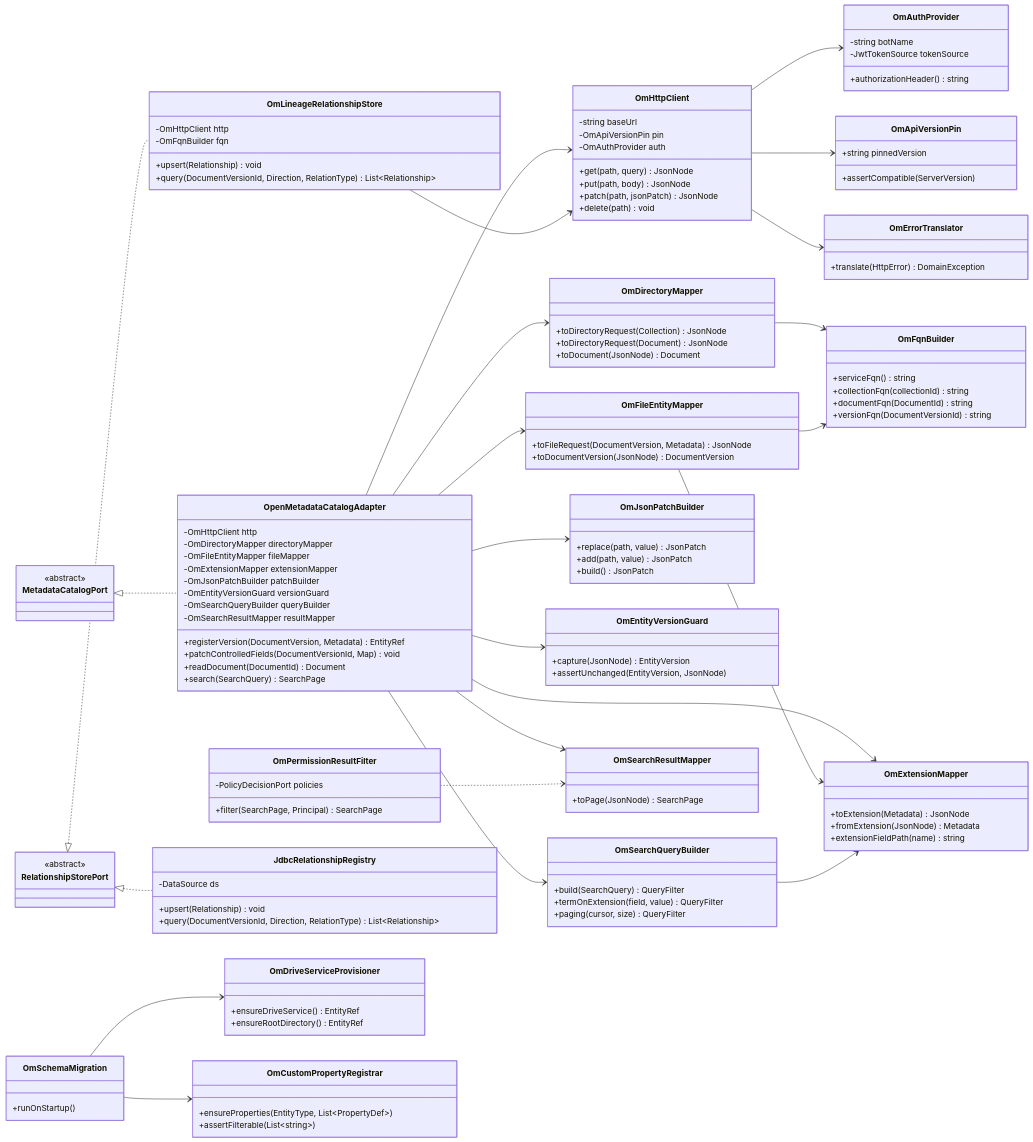
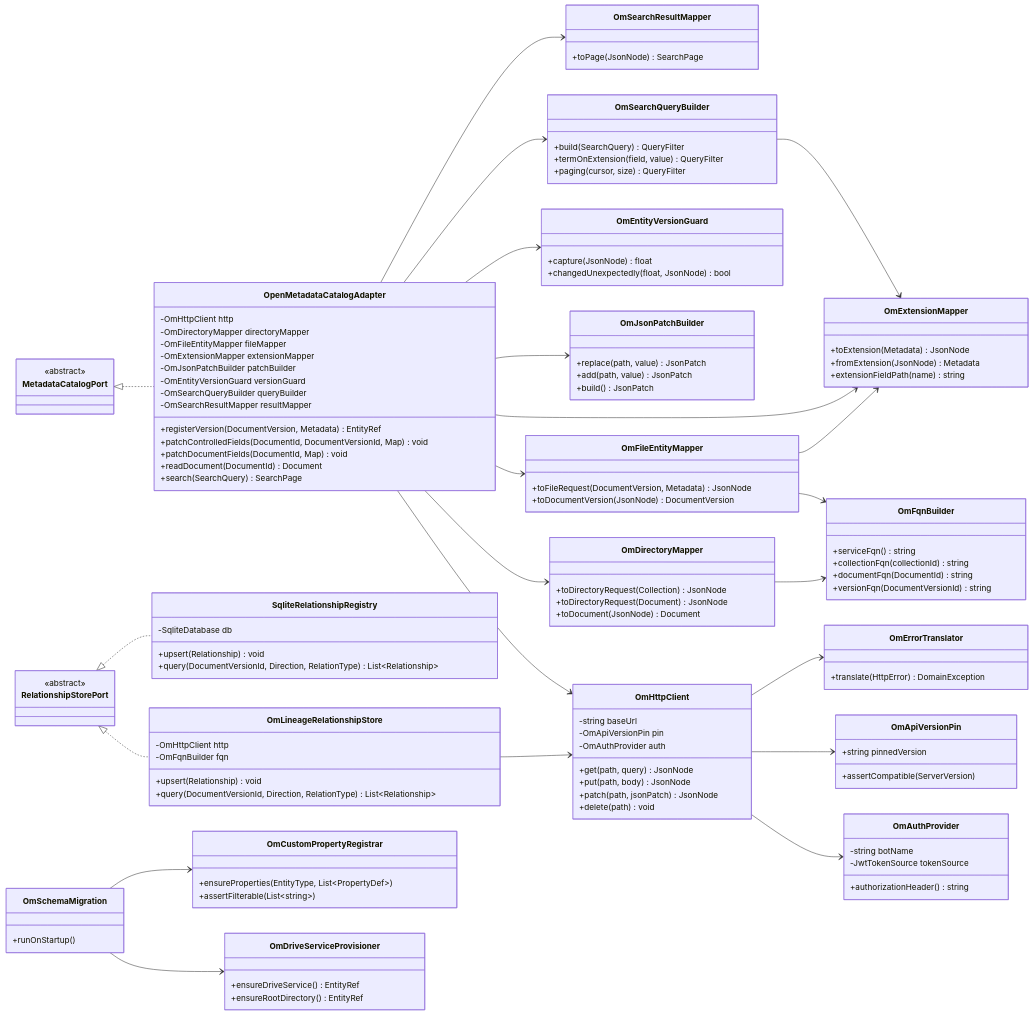
The fourth of 14 diagrams in docs/c4-04b-code-structure.md (Phanlacan12/raw-storage), drawn with Mermaid before and after one commit. The commit also changed other lines of this file and 12 other files, not shown here.

````diff
--- a/docs/c4-04b-code-structure.md
+++ b/docs/c4-04b-code-structure.md
@@ -423,7 +456,8 @@
         -OmSearchQueryBuilder queryBuilder
         -OmSearchResultMapper resultMapper
         +registerVersion(DocumentVersion, Metadata) EntityRef
-        +patchControlledFields(DocumentVersionId, Map) void
+        +patchControlledFields(DocumentId, DocumentVersionId, Map) void
+        +patchDocumentFields(DocumentId, Map) void
         +readDocument(DocumentId) Document
         +search(SearchQuery) SearchPage
     }
@@ -476,8 +510,8 @@
         +build() JsonPatch
     }
     class OmEntityVersionGuard {
-        +capture(JsonNode) EntityVersion
-        +assertUnchanged(EntityVersion, JsonNode)
+        +capture(JsonNode) float
+        +changedUnexpectedly(float, JsonNode) bool
     }
     class OmSearchQueryBuilder {
         +build(SearchQuery) QueryFilter
@@ -487,19 +521,14 @@
     class OmSearchResultMapper {
         +toPage(JsonNode) SearchPage
     }
-    class OmPermissionResultFilter {
-        -PolicyDecisionPort policies
-        +filter(SearchPage, Principal) SearchPage
-    }
-
     class OmLineageRelationshipStore {
         -OmHttpClient http
         -OmFqnBuilder fqn
         +upsert(Relationship) void
         +query(DocumentVersionId, Direction, RelationType) List~Relationship~
     }
-    class JdbcRelationshipRegistry {
-        -DataSource ds
+    class SqliteRelationshipRegistry {
+        -SqliteDatabase db
         +upsert(Relationship) void
         +query(DocumentVersionId, Direction, RelationType) List~Relationship~
     }
@@ -518,7 +547,7 @@
 
     MetadataCatalogPort <|.. OpenMetadataCatalogAdapter
     RelationshipStorePort <|.. OmLineageRelationshipStore
-    RelationshipStorePort <|.. JdbcRelationshipRegistry
+    RelationshipStorePort <|.. SqliteRelationshipRegistry
 
     OpenMetadataCatalogAdapter --> OmHttpClient
     OpenMetadataCatalogAdapter --> OmDirectoryMapper
@@ -536,7 +565,6 @@
     OmFileEntityMapper --> OmExtensionMapper
     OmLineageRelationshipStore --> OmHttpClient
     OmSearchQueryBuilder --> OmExtensionMapper
-    OmPermissionResultFilter ..> OmSearchResultMapper
     OmSchemaMigration --> OmDriveServiceProvisioner
     OmSchemaMigration --> OmCustomPropertyRegistrar
 ```
````
